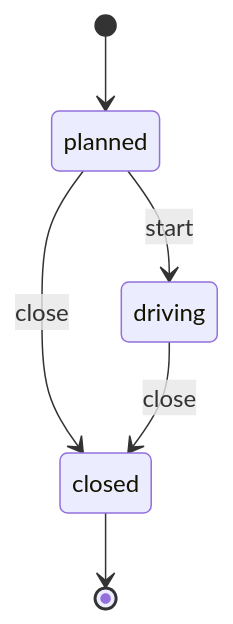
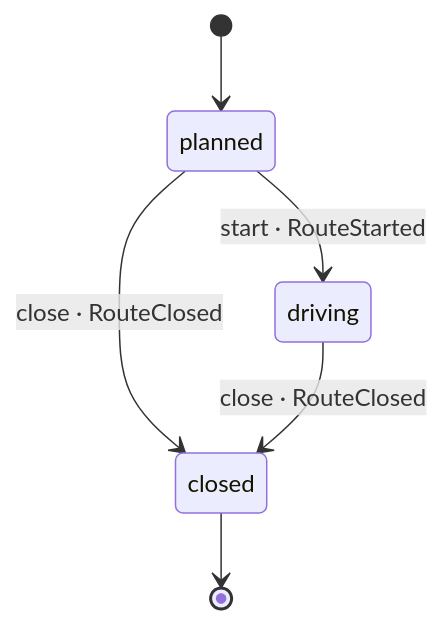
The first of 2 diagrams in docs/delivery/core/aggregates/route.md (shortlink-org/portolan), drawn with Mermaid before and after one commit. The commit also changed other lines of this file and 171 other files, not shown here.

````diff
--- a/docs/delivery/core/aggregates/route.md
+++ b/docs/delivery/core/aggregates/route.md
@@ -61,8 +26,8 @@
 ```mermaid
 stateDiagram-v2
     [*] --> planned
-    planned --> driving: start
-    planned --> closed: close
-    driving --> closed: close
+    planned --> driving: start · RouteStarted
+    planned --> closed: close · RouteClosed
+    driving --> closed: close · RouteClosed
     closed --> [*]
 ```
````
